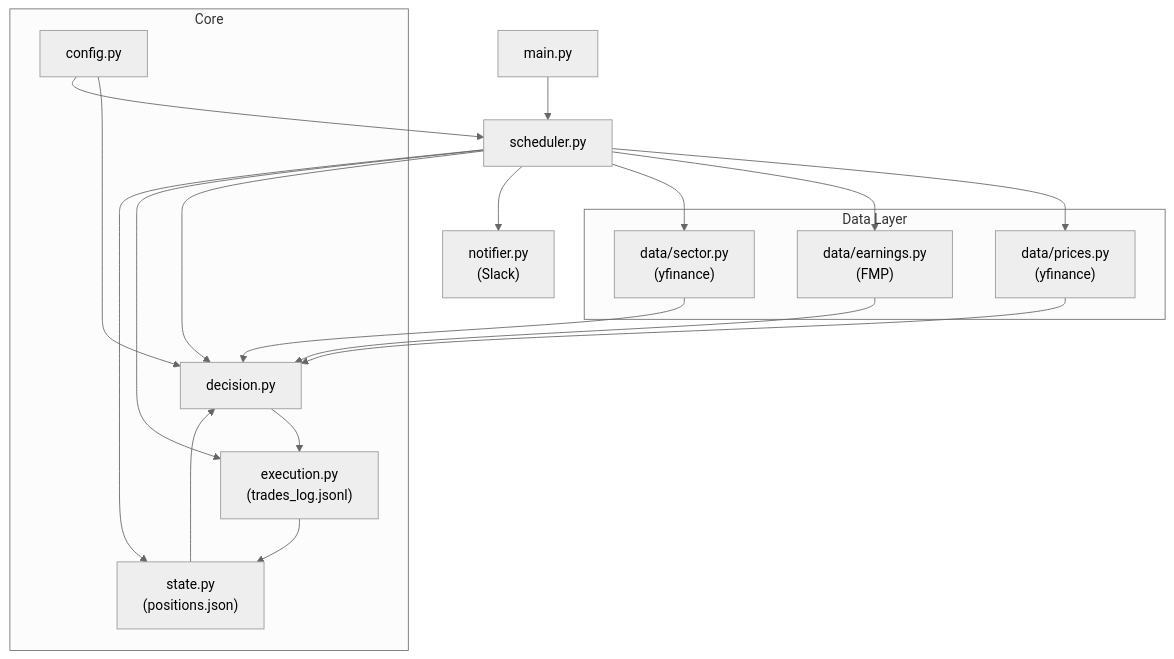
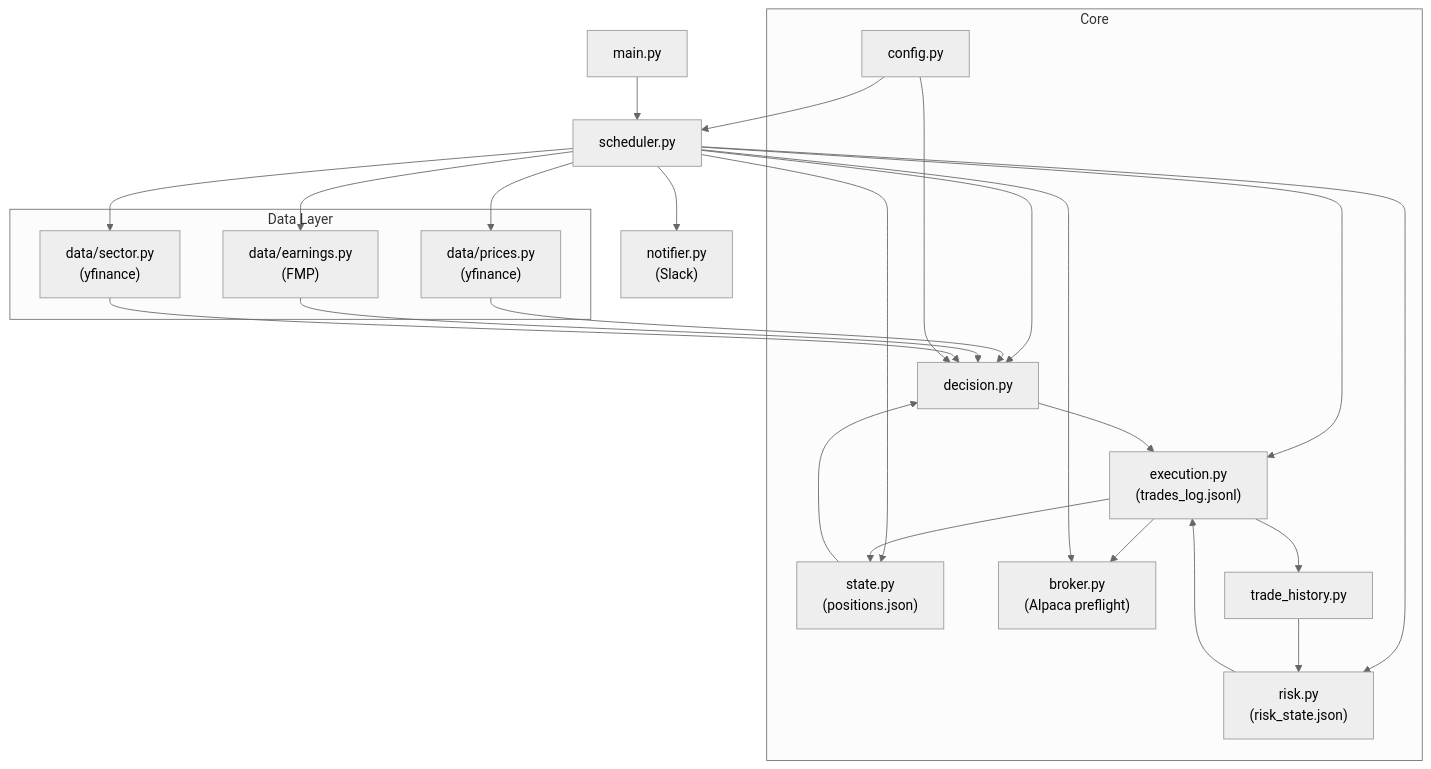
Before and after one commit to jvalansi/earnings-trader: the diagram in docs/ARCHITECTURE.md, drawn with Mermaid (neutral theme). The commit also changed other lines of this file and 21 other files, not shown here.

First line of the commit message:
Add risk controls, real broker execution and go/no-go tooling

````diff
--- a/docs/ARCHITECTURE.md
+++ b/docs/ARCHITECTURE.md
@@ -5,37 +5,46 @@
 ```mermaid
 graph TD
     main["main.py"] --> scheduler["scheduler.py"]
 
     subgraph data["Data Layer"]
         prices["data/prices.py<br/>(yfinance)"]
         earnings["data/earnings.py<br/>(FMP)"]
         sector["data/sector.py<br/>(yfinance)"]
     end
 
     subgraph core["Core"]
         config["config.py"]
         state["state.py<br/>(positions.json)"]
         decision["decision.py"]
         execution["execution.py<br/>(trades_log.jsonl)"]
+        risk["risk.py<br/>(risk_state.json)"]
+        brokermod["broker.py<br/>(Alpaca preflight)"]
+        history["trade_history.py"]
     end
 
     notifier["notifier.py<br/>(Slack)"]
 
     scheduler --> prices
     scheduler --> earnings
     scheduler --> sector
     scheduler --> decision
     scheduler --> execution
     scheduler --> state
     scheduler --> notifier
 
     prices --> decision
     earnings --> decision
     sector --> decision
     state --> decision
     config --> decision
     config --> scheduler
 
     decision --> execution
     execution --> state
+    execution --> brokermod
+    risk --> execution
+    scheduler --> risk
+    scheduler --> brokermod
+    history --> risk
+    execution --> history
 ```
````
